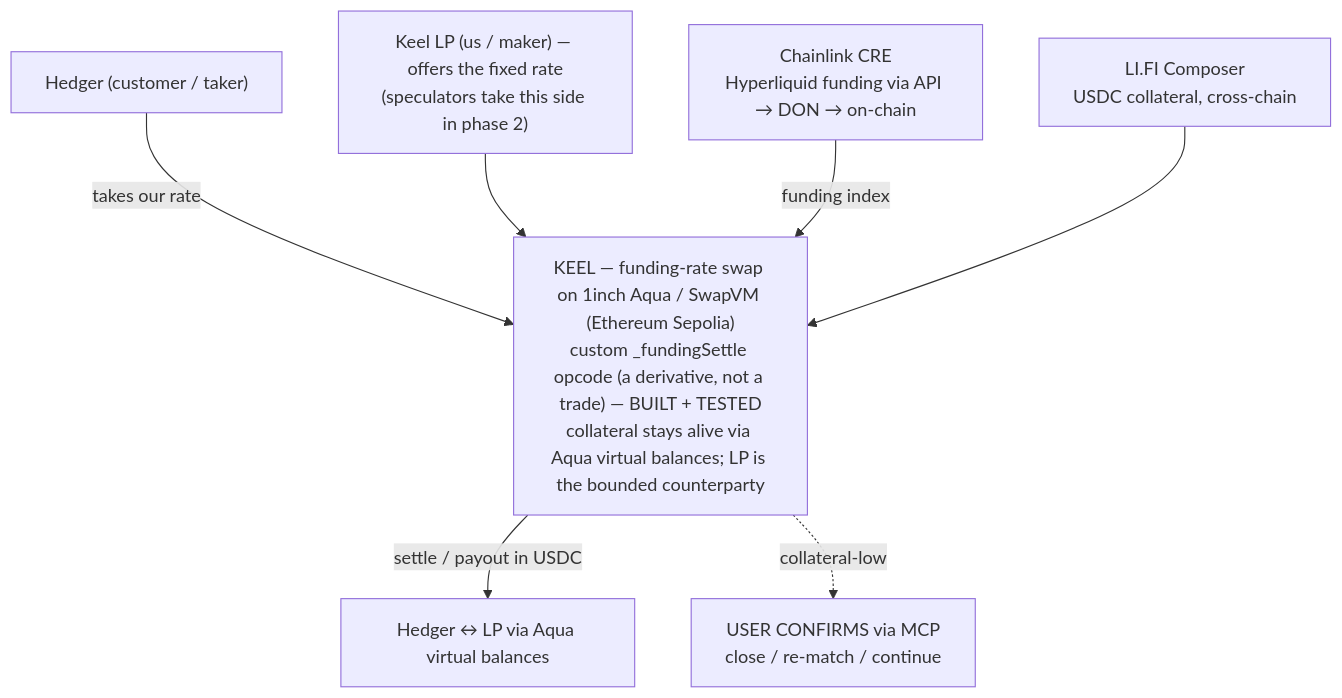
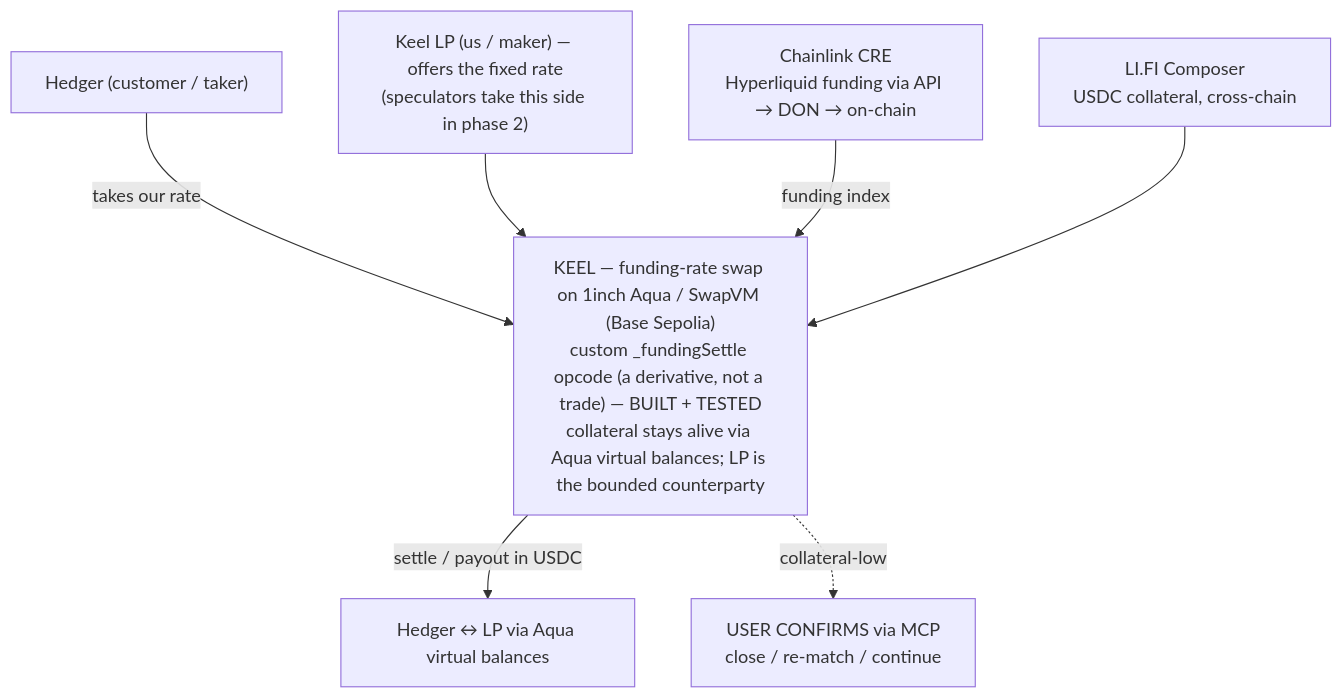
The first of 2 diagrams in docs/design-doc.md (0xYudhishthra/TenorFi), drawn with Mermaid before and after one commit. The commit also changed other lines of this file and 6 other files, not shown here.

First line of the commit message:
chore: switch deploy target to Base Sepolia (LI.FI Composer is on Base Sepolia)

````diff
--- a/docs/design-doc.md
+++ b/docs/design-doc.md
@@ -103,10 +103,10 @@
 ```mermaid
 flowchart TB
     HEDGER["Hedger (customer / taker)"] -->|takes our rate| KEEL
     LP["Keel LP (us / maker) — offers the fixed rate<br/>(speculators take this side in phase 2)"] --> KEEL
     CRE["Chainlink CRE<br/>Hyperliquid funding via API → DON → on-chain"] -->|funding index| KEEL
     LIFI["LI.FI Composer<br/>USDC collateral, cross-chain"] --> KEEL
-    KEEL["KEEL — funding-rate swap on 1inch Aqua / SwapVM (Ethereum Sepolia)<br/>custom _fundingSettle opcode (a derivative, not a trade) — BUILT + TESTED<br/>collateral stays alive via Aqua virtual balances; LP is the bounded counterparty"]
+    KEEL["KEEL — funding-rate swap on 1inch Aqua / SwapVM (Base Sepolia)<br/>custom _fundingSettle opcode (a derivative, not a trade) — BUILT + TESTED<br/>collateral stays alive via Aqua virtual balances; LP is the bounded counterparty"]
     KEEL -->|settle / payout in USDC| OUT["Hedger ↔ LP via Aqua virtual balances"]
     KEEL -.->|collateral-low| BRINK["USER CONFIRMS via MCP<br/>close / re-match / continue"]
 ```
````
